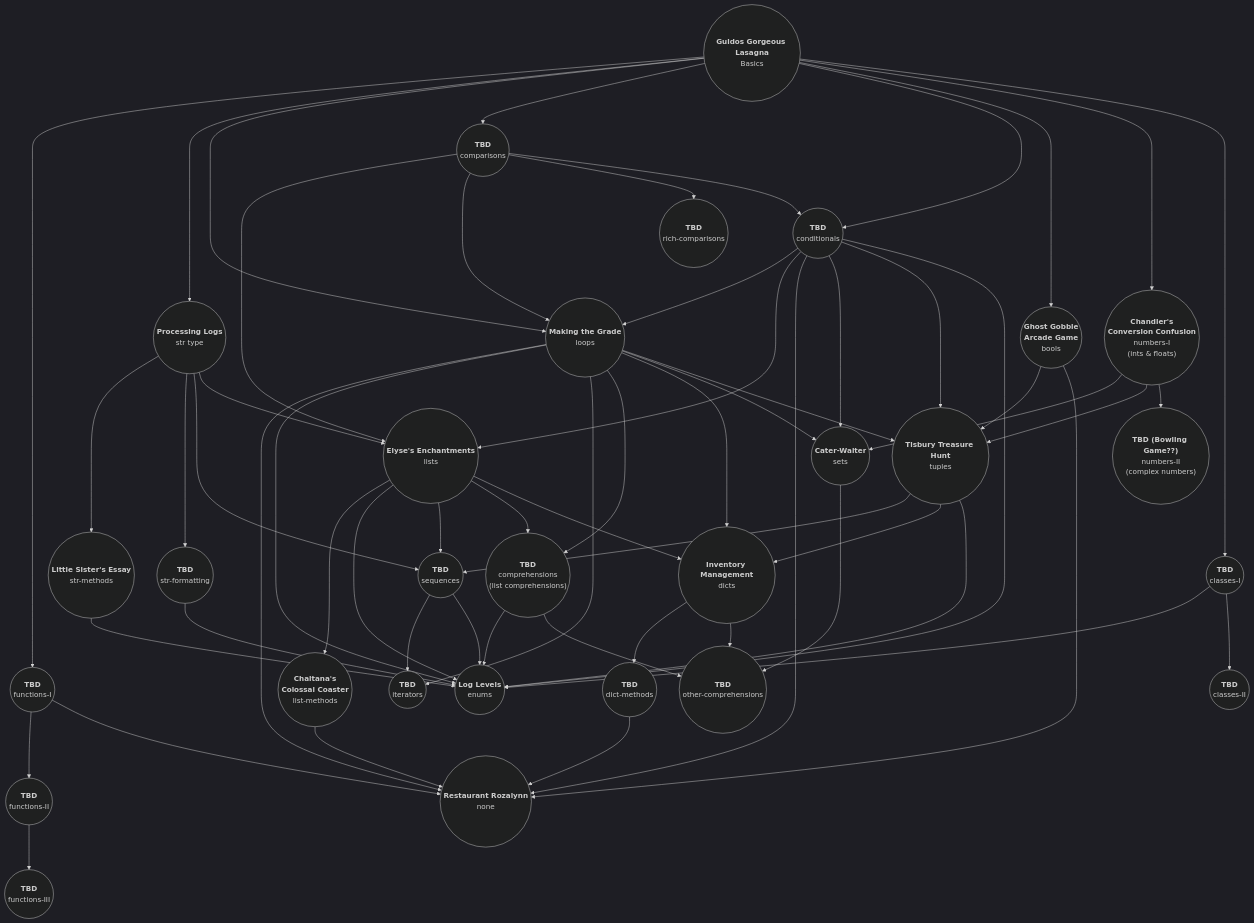
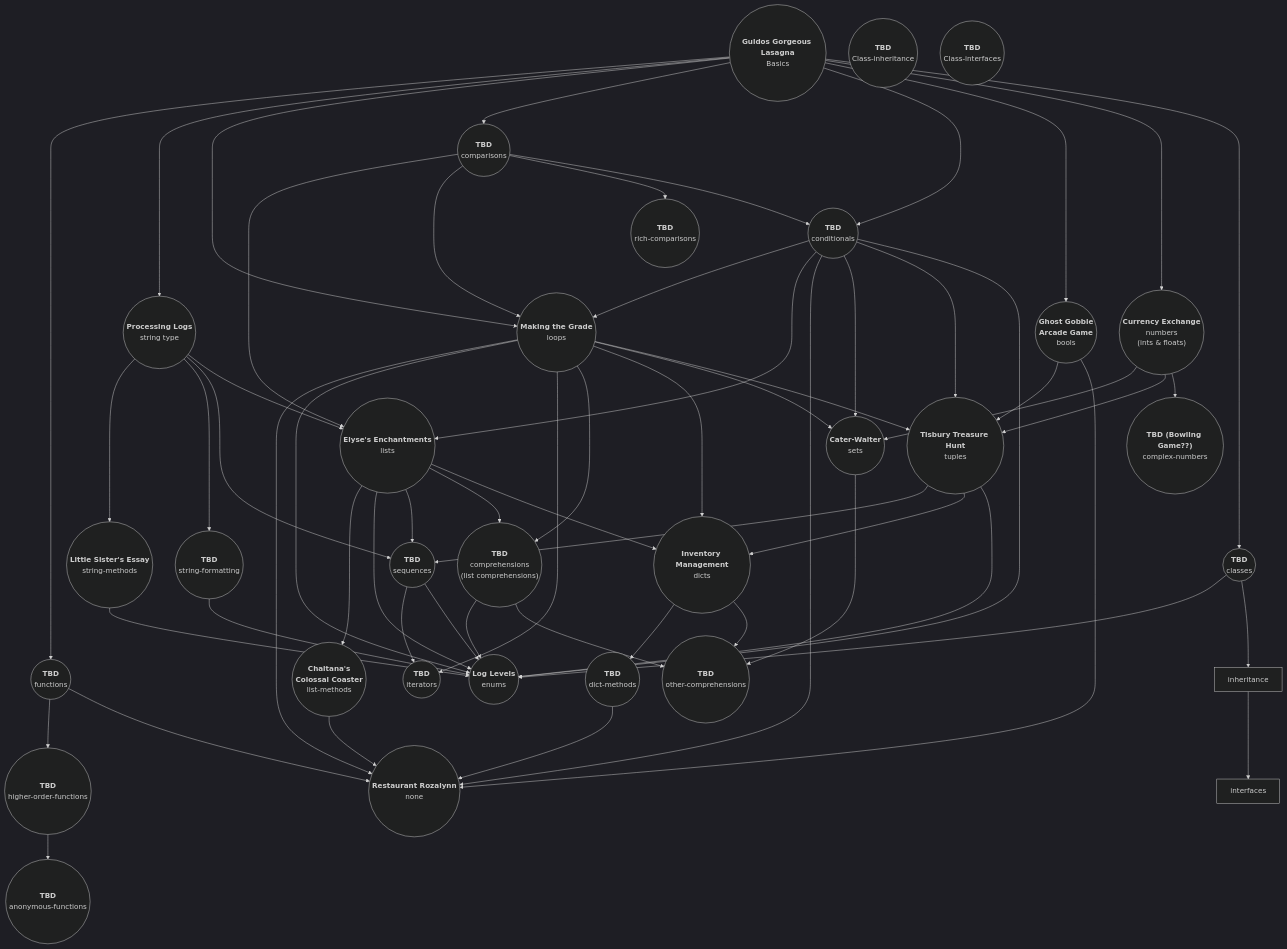
Before and after one commit to exercism/v3: the diagram in languages/python/exercises/README.md, drawn with Mermaid (dark theme). The commit also changed other lines of this file and 10 other files, not shown here.

````diff
--- a/languages/python/exercises/README.md
+++ b/languages/python/exercises/README.md
@@ -25,59 +25,61 @@
 ```mermaid
 flowchart TD
 
 %%concepts & exercise names (node lables)
 Basics((<b>Guidos Gorgeous Lasagna</b><br>Basics))
 bools((<b>Ghost Gobble<br>Arcade Game</b><br>bools))
-classes-I((<b>TBD</b><br>classes-I))
-classes-II((<b>TBD</b><br>classes-II))
+classes((<b>TBD</b><br>classes))
+Class-inheritance((<b>TBD</b><br>Class-inheritance))
+Class-interfaces((<b>TBD</b><br>Class-interfaces))
 comparisons((<b>TBD</b><br>comparisons))
 comprehensions(("<b>TBD</b><br>comprehensions<br>(list comprehensions)"))
 other-comprehensions((<b>TBD</b><br>other-comprehensions))
 conditionals((<b>TBD</b><br>conditionals))
 dicts((<b>Inventory Management</b><br>dicts))
 dict-methods((<b>TBD</b><br>dict-methods))
 enums((<b>Log Levels</b><br>enums))
-functions-I((<b>TBD</b><br>functions-I))
-functions-II((<b>TBD</b><br>functions-II))
-functions-III((<b>TBD</b><br>functions-III))
+functions((<b>TBD</b><br>functions))
+higher-order-functions((<b>TBD</b><br>higher-order-functions))
+anonymous-functions((<b>TBD</b><br>anonymous-functions))
 iterators((<b>TBD</b><br>iterators))
 lists((<b>Elyse's Enchantments</b><br>lists))
 list-methods((<b>Chaitana's<br>Colossal Coaster</b><br>list-methods))
 loops((<b>Making the Grade</b><br>loops))
 none((<b>Restaurant Rozalynn</b><br>none))
-numbers-I(("<b>Chandler's<br>Conversion Confusion</b><br>numbers-I<br>(ints & floats)"))
-numbers-II(("<b>TBD (Bowling Game??)</b><br>numbers-II<br>(complex numbers)"))
+numbers(("<b>Currency Exchange</b><br>numbers<br>(ints & floats)"))
+complex-numbers(("<b>TBD (Bowling Game??)</b><br>complex-numbers"))
 rich-comparisons((<b>TBD</b><br>rich-comparisons))
 sequences((<b>TBD</b><br>sequences))
 sets((<b>Cater-Waiter</b><br>sets))
-str((<b>Processing Logs</b> <br>str type))
-str-formatting((<b>TBD</b> <br>str-formatting))
-str-methods((<b>Little Sister's Essay</b><br>str-methods))
+strings((<b>Processing Logs</b> <br>string type))
+string-formatting((<b>TBD</b> <br>string-formatting))
+string-methods((<b>Little Sister's Essay</b><br>string-methods))
 tuples((<b>Tisbury Treasure Hunt</b><br>tuples))
 
 
 %%exercise prerequisites (node relations)
-Basics --> functions-I & str & loops & comparisons & conditionals & bools
-Basics --> numbers-I & classes-I
+Basics --> functions & strings & loops & comparisons & conditionals & bools
+Basics --> numbers & classes
 
 bools --> tuples & none
-classes-I --> enums & classes-II
+classes --> enums & inheritance
 comparisons --> lists & loops
 comparisons --> rich-comparisons & conditionals
 comprehensions --> enums & other-comprehensions
 conditionals --> loops & lists & none & sets & tuples & enums
+inheritance --> interfaces
 dicts --> dict-methods & other-comprehensions
 dict-methods --> none
-functions-I --> functions-II & none
-functions-II --> functions-III
+functions --> higher-order-functions & none
+higher-order-functions --> anonymous-functions
 lists --> list-methods & enums & sequences & comprehensions & dicts
 list-methods --> none
 loops --> none & enums & iterators & comprehensions & dicts & sets & tuples
-numbers-I -->  sets & tuples & numbers-II
+numbers -->  sets & tuples & complex-numbers
 sequences --> iterators & enums
 sets --> other-comprehensions
-str --> str-methods & str-formatting
-str --> sequences & lists
-str-methods & str-formatting --> enums
+strings --> string-methods & string-formatting
+strings --> sequences & lists
+string-methods & string-formatting --> enums
 tuples --> sequences & dicts & enums
 ```
````
